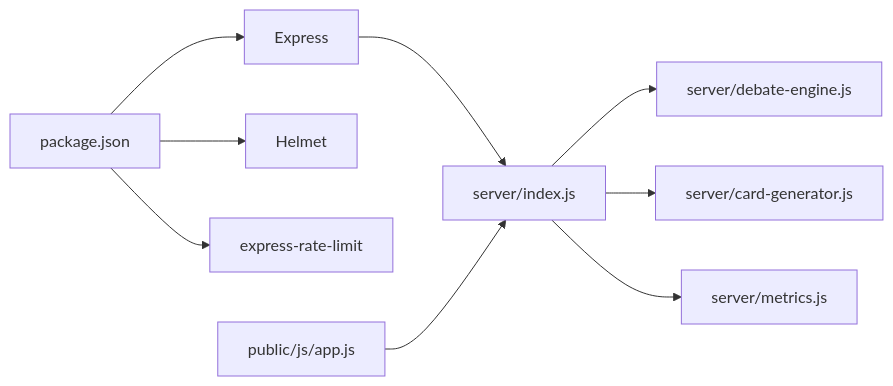
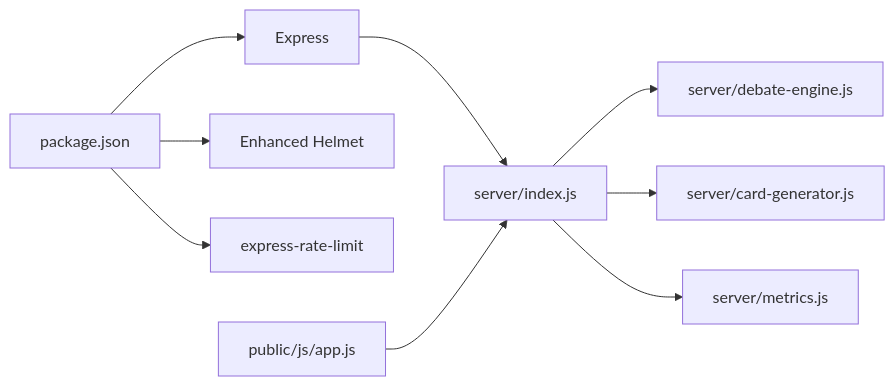
One commit to RunTimeAdmin/tri-ai changed the eighth of 8 diagrams in .qoder/repowiki/en/content/System Architecture/Security Architecture.md. Above: the diagram before and after it, drawn with Mermaid. The commit also changed other lines of this file and 21 other files, not shown here.

````diff
--- a/.qoder/repowiki/en/content/System Architecture/Security Architecture.md
+++ b/.qoder/repowiki/en/content/System Architecture/Security Architecture.md
@@ -336,11 +332,11 @@
 ```mermaid
 graph LR
 P["package.json"] --> E["Express"]
-P --> H["Helmet"]
+P --> H["Enhanced Helmet"]
 P --> R["express-rate-limit"]
 E --> IDX["server/index.js"]
 IDX --> DE["server/debate-engine.js"]
 IDX --> CG["server/card-generator.js"]
 IDX --> MET["server/metrics.js"]
 FE["public/js/app.js"] --> IDX
 ```
````
